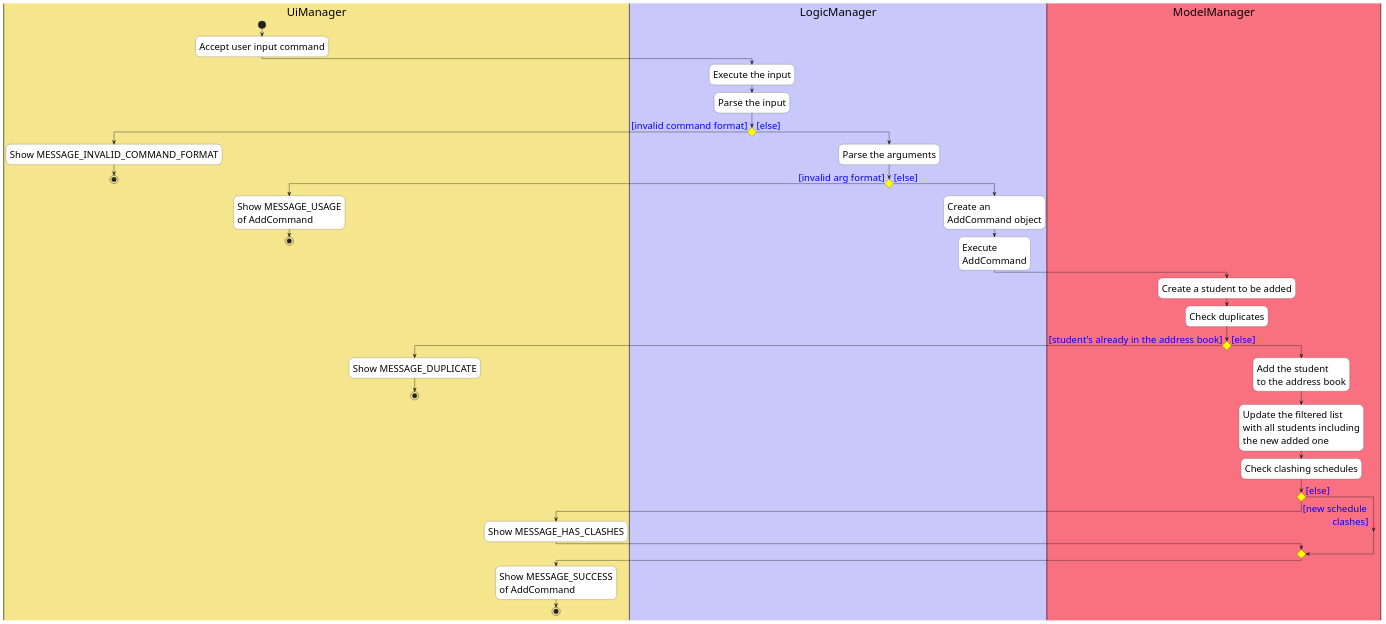
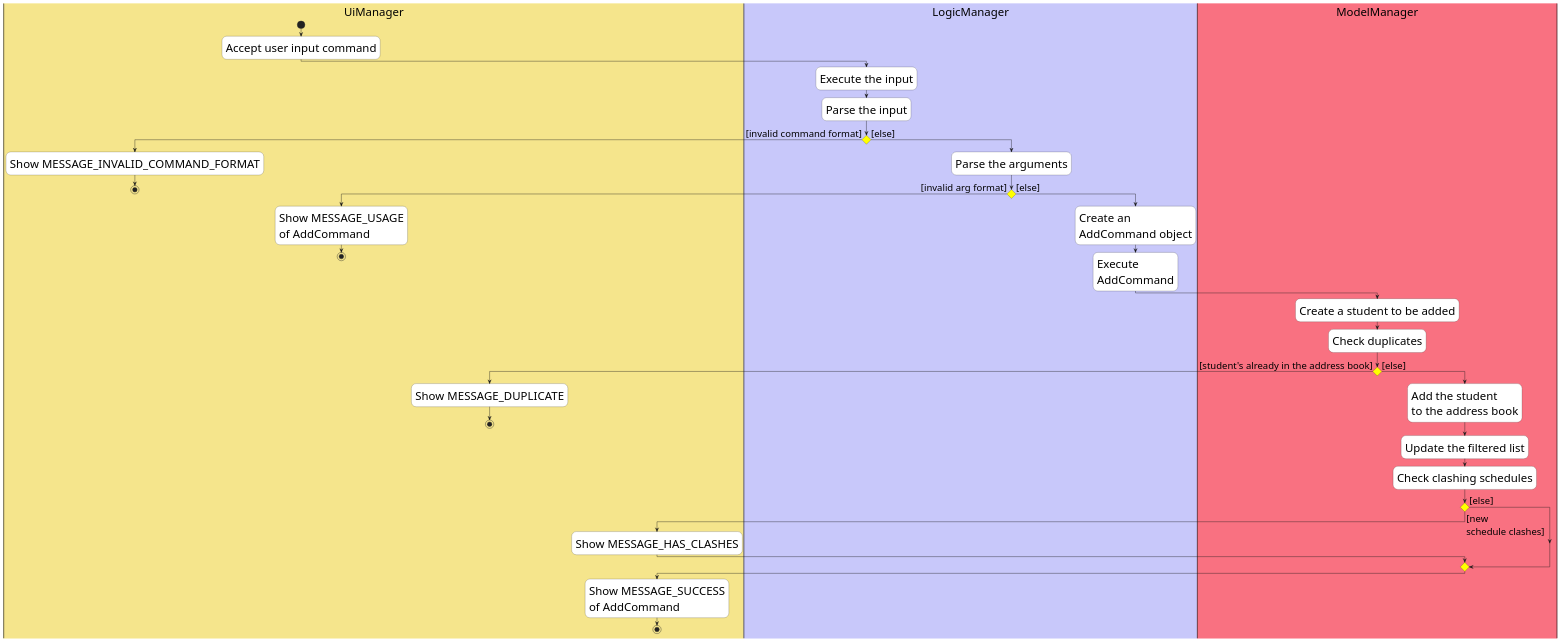
The diagram in docs/diagrams/AddActivityDiagram.puml (nus-cs2103-AY2425S1/tp), drawn with PlantUML before and after one commit. The commit also changed 1 other file, not shown here.

Commit message:
Add activity diagrams to the DG

```diff
--- a/docs/diagrams/AddActivityDiagram.puml
+++ b/docs/diagrams/AddActivityDiagram.puml
@@ -1,96 +1,95 @@
 @startuml
 'https://plantuml.com/activity-diagram-beta
 <style>
 activityDiagram {
   FontSize 30
   Bold true
 
   activity {
     BackgroundColor #ffffff
     BorderColor #33668E
     FontColor #000000
     FontName arial
-    FontSize 25
+    FontSize 30
   }
 
   diamond {
     BackgroundColor yellow
     LineColor #000000
     FontColor green
     FontName arial
     FontSize 15
   }
 
   arrow {
-    FontColor blue
+    FontColor #000000
     FontName arial
     FontSize 25
+    Bold true
   }
 
   partition {
      BackgroundColor #e6f7ff
      FontColor #003366
      LineColor #33668E
      FontName arial                // Sets the font style
      FontSize 30
      RoundCorner 10
      Bold true
    }
 }
 document {
    BackgroundColor transparent
 }
 </style>
 
 |#f5e58c|UiManager|
 start
 :Accept user input command;
 |#C8C8FA|LogicManager|
 :Execute the input;
 :Parse the input;
 if () then ([invalid command format])
     |UiManager|
     :Show MESSAGE_INVALID_COMMAND_FORMAT;
     stop
     |LogicManager|
 else ([else])
     :Parse the arguments;
     if () then ([invalid arg format])
         |UiManager|
         :Show MESSAGE_USAGE
         of AddCommand;
         stop
     else ([else])
         |LogicManager|
         :Create an
         AddCommand object;
         :Execute
         AddCommand;
         |#F97181|ModelManager|
         :Create a student to be added;
         :Check duplicates;
         if () then ([student's already in the address book])
             |UiManager|
             :Show MESSAGE_DUPLICATE;
             stop
         else ([else])
             |ModelManager|
             :Add the student
             to the address book;
-            :Update the filtered list
-            with all students including
-            the new added one;
+            :Update the filtered list;
             :Check clashing schedules;
-            if () then ([else])
-            else ([new schedule
-            clashes])
+            if () then ([new
+schedule clashes])
                 |UiManager|
                 :Show MESSAGE_HAS_CLASHES;
+            else ([else])
             endif
             :Show MESSAGE_SUCCESS
             of AddCommand;
             stop
         endif
 endif
 
 @enduml
```
